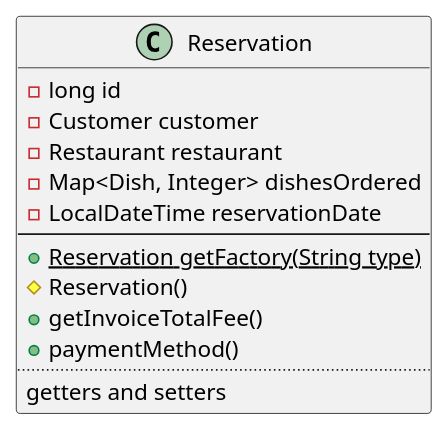
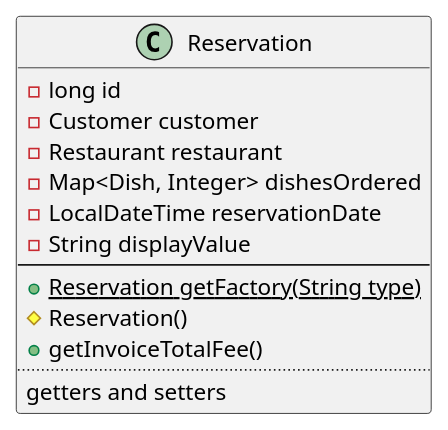
One commit to TommasoScalici/FoodDelivery changed the diagram in src/main/java/unipa/fooddelivery/diagrams/class/reservation.wsd. Above: the diagram before and after it, drawn with PlantUML. The commit also changed 3 other files, not shown here.

Commit message:
complete classes diagram (order, dish, reservation, restaurant) *before tom check*

```diff
--- a/src/main/java/unipa/fooddelivery/diagrams/class/reservation.wsd
+++ b/src/main/java/unipa/fooddelivery/diagrams/class/reservation.wsd
@@ -1,17 +1,17 @@
 @startuml Reservation
 left to right direction
 class Reservation {
   -long id
   -Customer customer
   -Restaurant restaurant
   -Map<Dish, Integer> dishesOrdered
   -LocalDateTime reservationDate
+  -String displayValue
   --
   +Reservation {static} getFactory(String type)
   #Reservation()
   +getInvoiceTotalFee()
-  +paymentMethod()
   ..
   getters and setters
 }
 @enduml
```
